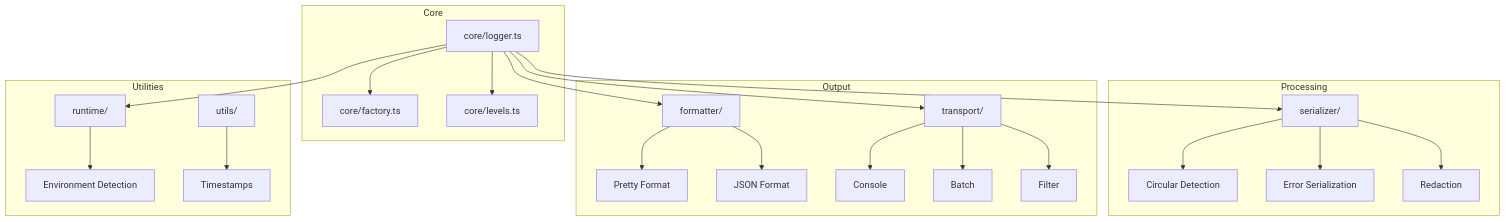
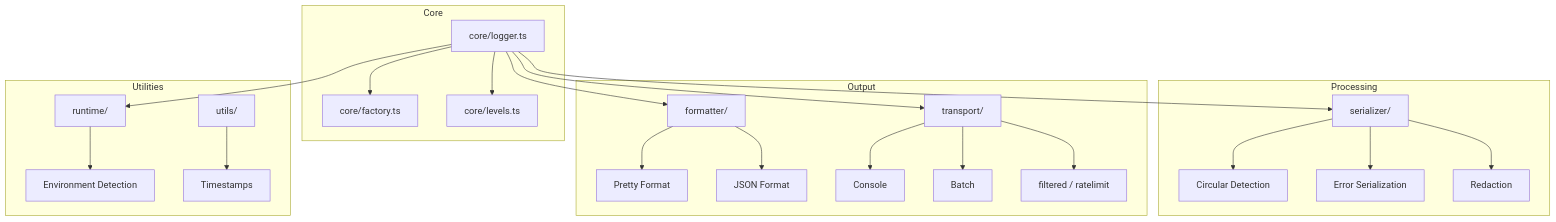
Before and after one commit to 0xTanzim/nextrush-log: the second of 3 diagrams in docs/architecture.md, drawn with Mermaid. The commit also changed other lines of this file and 39 other files, not shown here.

````diff
--- a/docs/architecture.md
+++ b/docs/architecture.md
@@ -56,31 +56,31 @@
 ```mermaid
 graph TB
     subgraph Core
         A[core/logger.ts] --> B[core/factory.ts]
         A --> C[core/levels.ts]
     end
 
     subgraph Processing
         D[serializer/] --> E[Circular Detection]
         D --> F[Error Serialization]
         D --> G[Redaction]
     end
 
     subgraph Output
         H[formatter/] --> I[Pretty Format]
         H --> J[JSON Format]
         K[transport/] --> L[Console]
         K --> M[Batch]
-        K --> N[Filter]
+        K --> N[filtered / ratelimit]
     end
 
     subgraph Utilities
         O[runtime/] --> P[Environment Detection]
         Q[utils/] --> R[Timestamps]
     end
 
     A --> D
     A --> H
     A --> K
     A --> O
 ```
````
